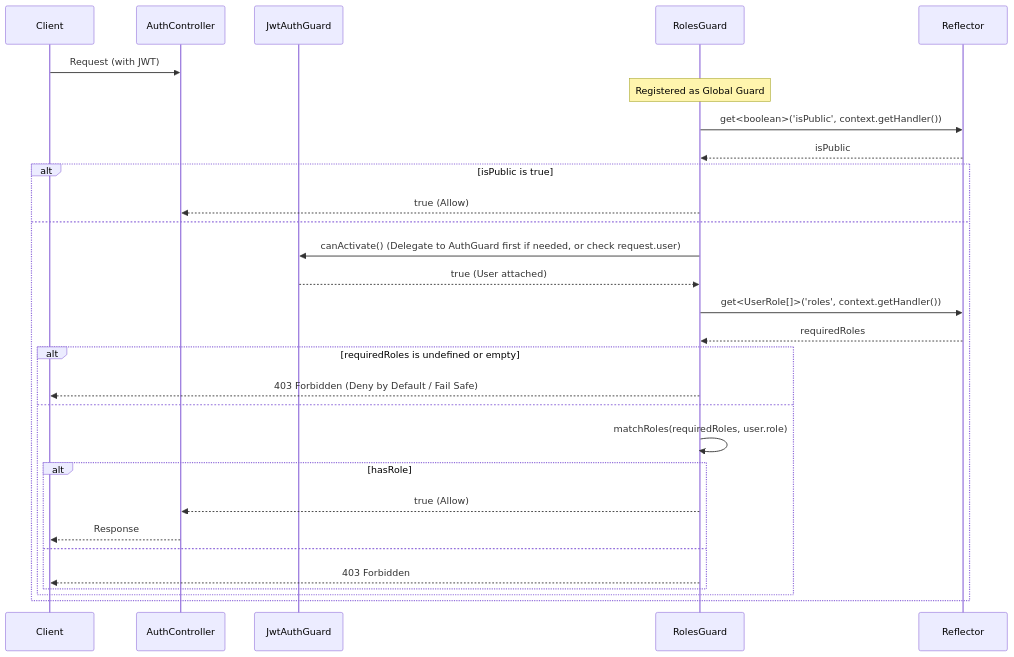
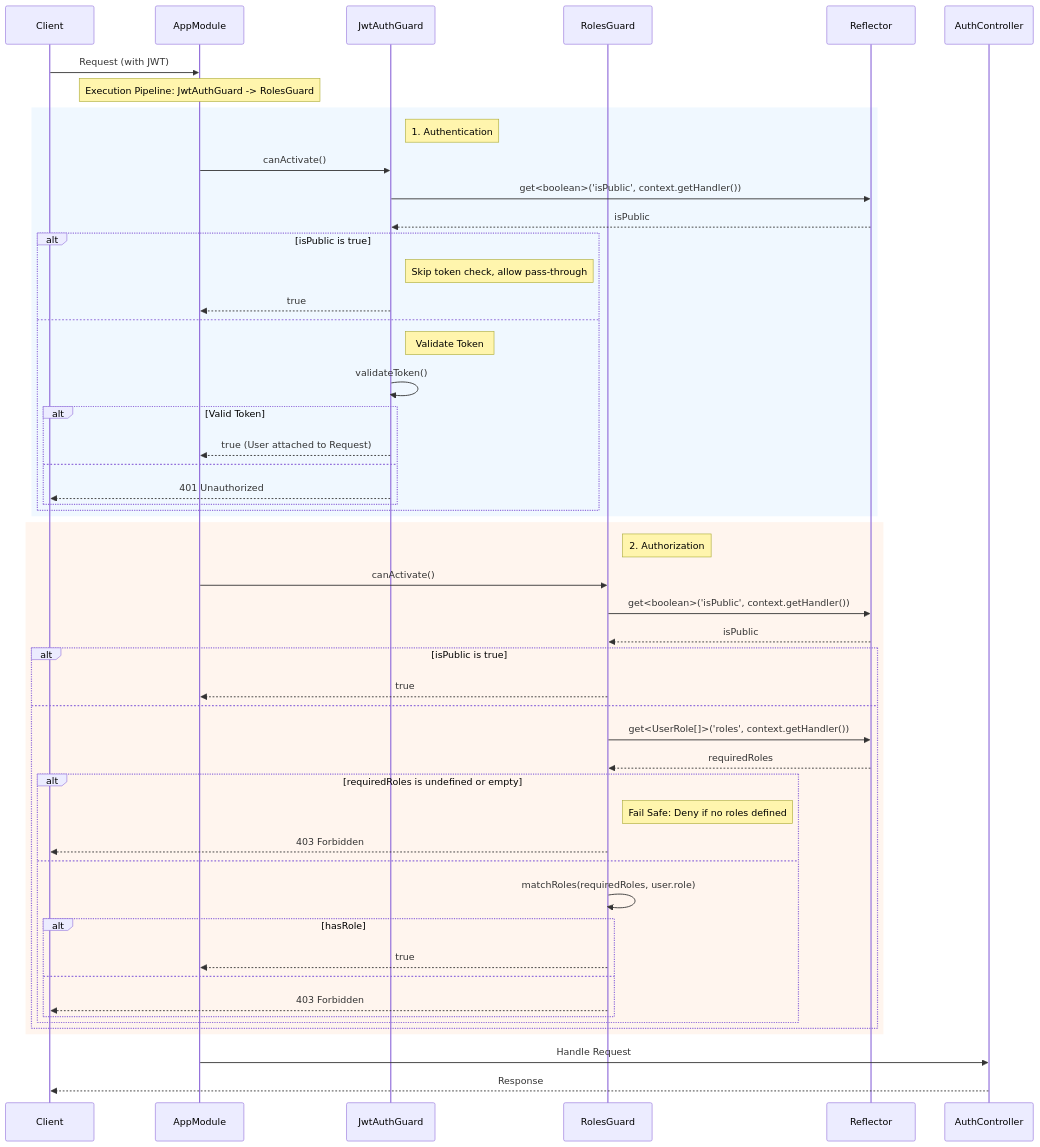
Before and after one commit to kencom2400/MrWebDefence-Console: the diagram in docs/detailed-design/MWD-29_rbac-implementation/sequence-diagrams.md, drawn with Mermaid. The commit also changed other lines of this file and 3 other files, not shown here.

````diff
--- a/docs/detailed-design/MWD-29_rbac-implementation/sequence-diagrams.md
+++ b/docs/detailed-design/MWD-29_rbac-implementation/sequence-diagrams.md
@@ -5,37 +5,62 @@
 ```mermaid
 sequenceDiagram
     participant Client
-    participant AuthController
+    participant AppModule
     participant JwtAuthGuard
     participant RolesGuard
     participant Reflector
+    participant AuthController
 
-    Client->>AuthController: Request (with JWT)
+    Client->>AppModule: Request (with JWT)
     
-    Note over RolesGuard: Registered as Global Guard
+    Note over AppModule: Execution Pipeline: JwtAuthGuard -> RolesGuard
     
-    RolesGuard->>Reflector: get<boolean>('isPublic', context.getHandler())
-    Reflector-->>RolesGuard: isPublic
-    
-    alt isPublic is true
-        RolesGuard-->>AuthController: true (Allow)
-    else
-        RolesGuard->>JwtAuthGuard: canActivate() (Delegate to AuthGuard first if needed, or check request.user)
-        JwtAuthGuard-->>RolesGuard: true (User attached)
+    rect rgb(240, 248, 255)
+        Note right of JwtAuthGuard: 1. Authentication
+        AppModule->>JwtAuthGuard: canActivate()
+        JwtAuthGuard->>Reflector: get<boolean>('isPublic', context.getHandler())
+        Reflector-->>JwtAuthGuard: isPublic
         
-        RolesGuard->>Reflector: get<UserRole[]>('roles', context.getHandler())
-        Reflector-->>RolesGuard: requiredRoles
-        
-        alt requiredRoles is undefined or empty
-            RolesGuard-->>Client: 403 Forbidden (Deny by Default / Fail Safe)
+        alt isPublic is true
+            Note right of JwtAuthGuard: Skip token check, allow pass-through
+            JwtAuthGuard-->>AppModule: true
         else
-            RolesGuard->>RolesGuard: matchRoles(requiredRoles, user.role)
-            alt hasRole
-                RolesGuard-->>AuthController: true (Allow)
-                AuthController-->>Client: Response
+            Note right of JwtAuthGuard: Validate Token
+            JwtAuthGuard->>JwtAuthGuard: validateToken()
+            alt Valid Token
+                JwtAuthGuard-->>AppModule: true (User attached to Request)
             else
-                RolesGuard-->>Client: 403 Forbidden
+                JwtAuthGuard-->>Client: 401 Unauthorized
             end
         end
     end
+
+    rect rgb(255, 245, 238)
+        Note right of RolesGuard: 2. Authorization
+        AppModule->>RolesGuard: canActivate()
+        RolesGuard->>Reflector: get<boolean>('isPublic', context.getHandler())
+        Reflector-->>RolesGuard: isPublic
+        
+        alt isPublic is true
+            RolesGuard-->>AppModule: true
+        else
+            RolesGuard->>Reflector: get<UserRole[]>('roles', context.getHandler())
+            Reflector-->>RolesGuard: requiredRoles
+            
+            alt requiredRoles is undefined or empty
+                Note right of RolesGuard: Fail Safe: Deny if no roles defined
+                RolesGuard-->>Client: 403 Forbidden
+            else
+                RolesGuard->>RolesGuard: matchRoles(requiredRoles, user.role)
+                alt hasRole
+                    RolesGuard-->>AppModule: true
+                else
+                    RolesGuard-->>Client: 403 Forbidden
+                end
+            end
+        end
+    end
+    
+    AppModule->>AuthController: Handle Request
+    AuthController-->>Client: Response
 ```
````
